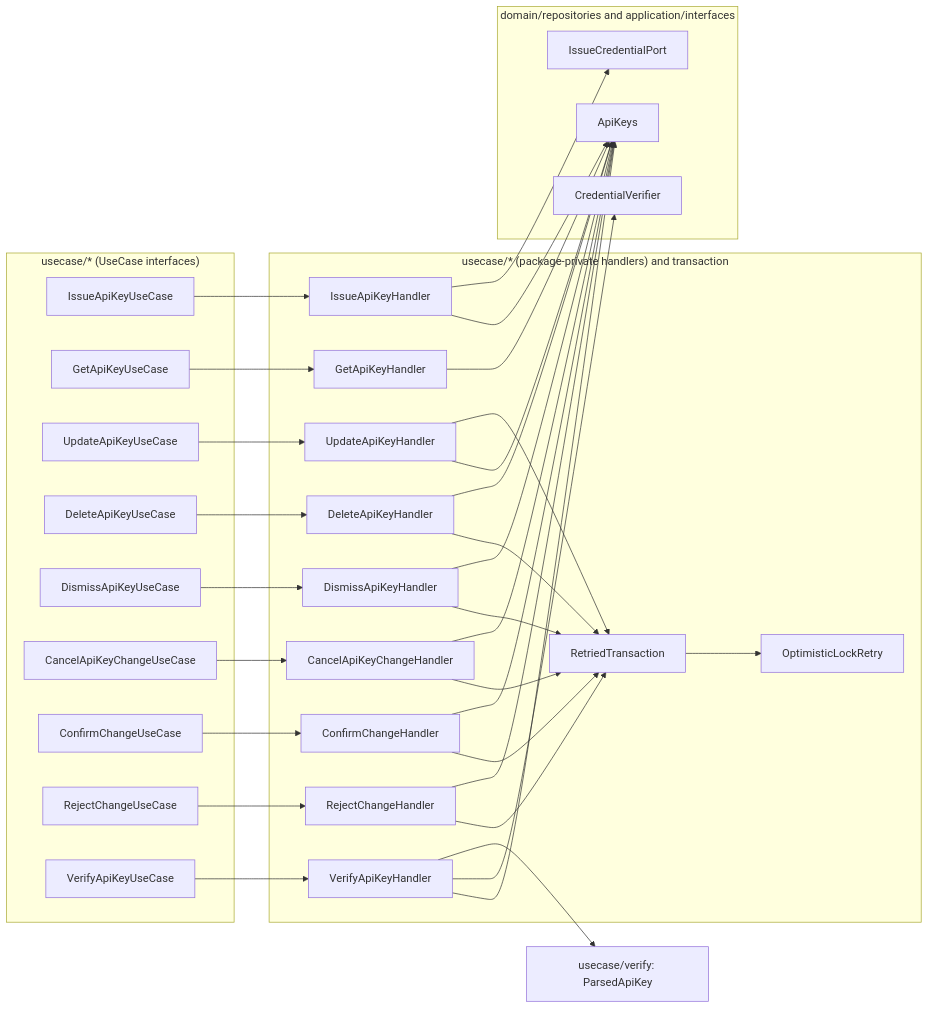
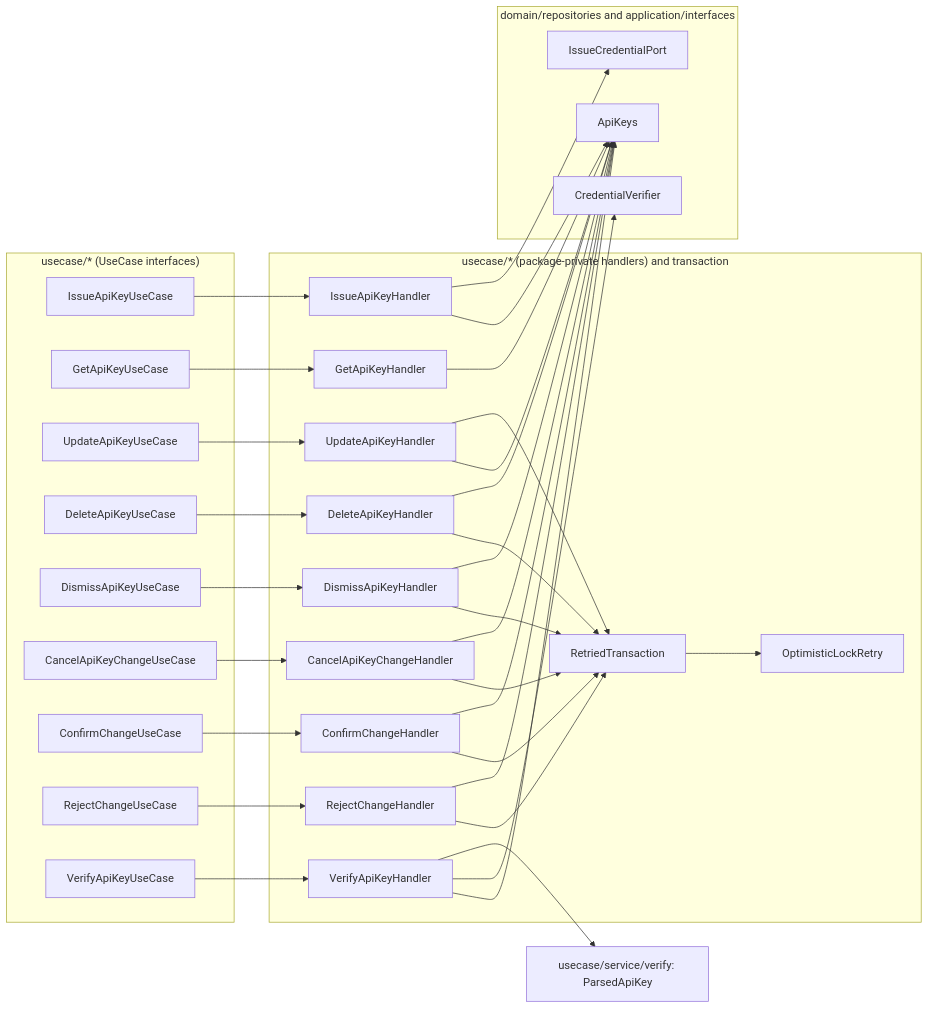
The fourth of 7 diagrams in docs/access-class-structure.md (Dhiren9939/HQ-Tier0), drawn with Mermaid before and after one commit. The commit also changed other lines of this file and 86 other files, not shown here.

````diff
--- a/docs/access-class-structure.md
+++ b/docs/access-class-structure.md
@@ -297,63 +297,63 @@
 ```mermaid
 flowchart LR
     subgraph portin["usecase/* (UseCase interfaces)"]
         IssueUC["IssueApiKeyUseCase"]
         GetUC["GetApiKeyUseCase"]
         UpdateUC["UpdateApiKeyUseCase"]
         DeleteUC["DeleteApiKeyUseCase"]
         DismissUC["DismissApiKeyUseCase"]
         CancelUC["CancelApiKeyChangeUseCase"]
         ConfirmUC["ConfirmChangeUseCase"]
         RejectUC["RejectChangeUseCase"]
         VerifyUC["VerifyApiKeyUseCase"]
     end
     subgraph usecase["usecase/* (package-private handlers) and transaction"]
         IssueH["IssueApiKeyHandler"]
         GetH["GetApiKeyHandler"]
         UpdateH["UpdateApiKeyHandler"]
         DeleteH["DeleteApiKeyHandler"]
         DismissH["DismissApiKeyHandler"]
         CancelH["CancelApiKeyChangeHandler"]
         ConfirmH["ConfirmChangeHandler"]
         RejectH["RejectChangeHandler"]
         VerifyH["VerifyApiKeyHandler"]
         Tx["RetriedTransaction"]
         Retry["OptimisticLockRetry"]
     end
-    Parsed["usecase/verify: ParsedApiKey"]
+    Parsed["usecase/service/verify: ParsedApiKey"]
     subgraph portout["domain/repositories and application/interfaces"]
         ApiKeysP["ApiKeys"]
         IssueCredP["IssueCredentialPort"]
         VerifierP["CredentialVerifier"]
     end
 
     IssueUC --> IssueH
     GetUC --> GetH
     UpdateUC --> UpdateH
     DeleteUC --> DeleteH
     DismissUC --> DismissH
     CancelUC --> CancelH
     ConfirmUC --> ConfirmH
     RejectUC --> RejectH
     VerifyUC --> VerifyH
 
     IssueH --> ApiKeysP
     IssueH --> IssueCredP
     GetH --> ApiKeysP
     UpdateH --> ApiKeysP
     UpdateH --> Tx
     DeleteH --> Tx
     DismissH --> Tx
     CancelH --> Tx
     ConfirmH --> Tx
     RejectH --> Tx
     Tx --> Retry
     DeleteH --> ApiKeysP
     DismissH --> ApiKeysP
     CancelH --> ApiKeysP
     ConfirmH --> ApiKeysP
     RejectH --> ApiKeysP
     VerifyH --> ApiKeysP
     VerifyH --> VerifierP
     VerifyH --> Parsed
 ```
````
